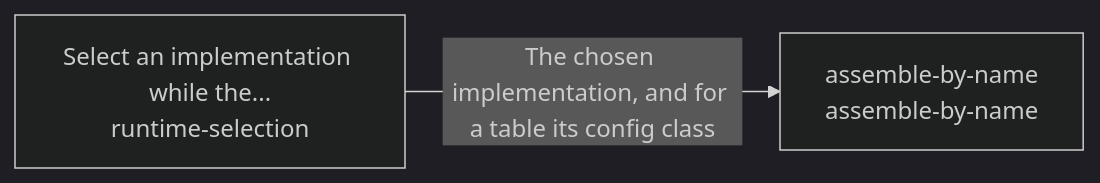
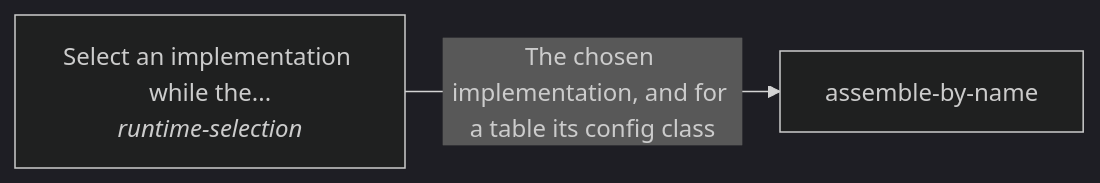
The diagram in implementations/python/esoi/esoi-runtime/README.md (JoshuaMathias/evolvable-structure), drawn with Mermaid (dark theme) before and after one commit. The commit also changed other lines of this file and 22 other files, not shown here.

Commit message:
The name leads, the id is the handle: generated tables, diagram nodes and the coherence paragraph; rule S46 informs on handle-style names

````diff
--- a/implementations/python/esoi/esoi-runtime/README.md
+++ b/implementations/python/esoi/esoi-runtime/README.md
@@ -17,6 +17,6 @@
 ```mermaid
 flowchart LR
-    s0["Select an implementation while the...<br/>runtime-selection"]
-    s1["assemble-by-name<br/>assemble-by-name"]
+    s0["Select an implementation while the...<br/><i>runtime-selection</i>"]
+    s1["assemble-by-name"]
     s0 -->|"The chosen implementation, and for a table its config class"| s1
 ```
````
